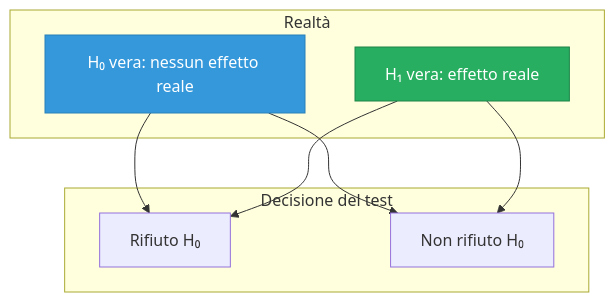
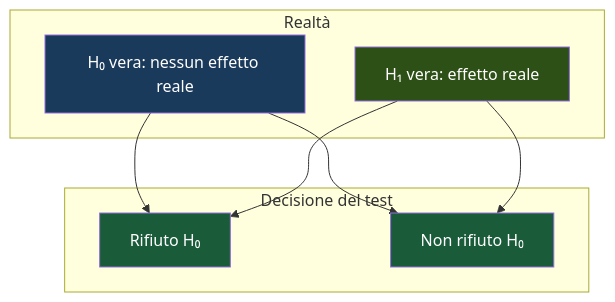
Before and after one commit to AndreyBertasini/gynnitech: the second of 5 diagrams in src/content/corso/analisi-prodotto/ab-testing.mdx, drawn with Mermaid. The commit also changed other lines of this file and 21 other files, not shown here.

First line of the commit message:
style: applica color scheme semantico a tutti i diagrammi Mermaid del corso

````diff
--- a/src/content/corso/analisi-prodotto/ab-testing.mdx
+++ b/src/content/corso/analisi-prodotto/ab-testing.mdx
@@ -102,17 +108,19 @@
 ```mermaid
 graph TD
     subgraph "Realtà"
         R1["H₀ vera: nessun effetto reale"]
         R2["H₁ vera: effetto reale"]
     end
     subgraph "Decisione del test"
         D1["Rifiuto H₀"]
         D2["Non rifiuto H₀"]
     end
     R1 --> D1
     R1 --> D2
     R2 --> D1
     R2 --> D2
-    style R1 fill:#3498db,stroke:#2980b9,color:#fff
-    style R2 fill:#27ae60,stroke:#1e8449,color:#fff
+    style R1 fill:#1a3a5c,color:#ffffff
+    style R2 fill:#2d5016,color:#ffffff
+    style D1 fill:#1a5c3a,color:#ffffff
+    style D2 fill:#1a5c3a,color:#ffffff
 ```
````
